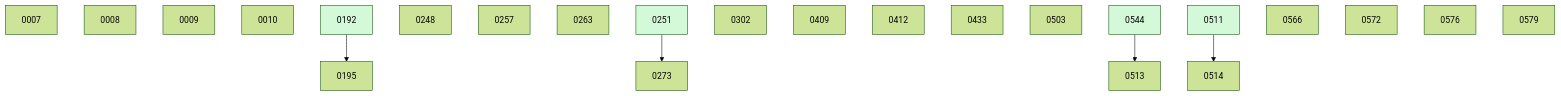
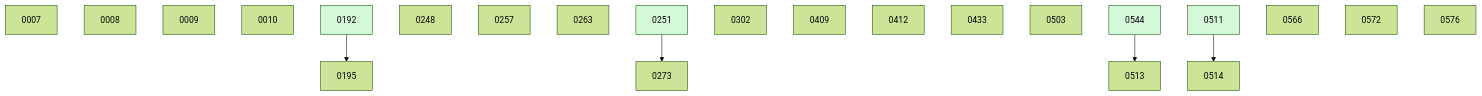
One commit to danielhanold/docket changed the diagram in docs/changes/BOARD.md. Above: the diagram before and after it, drawn with Mermaid (forest theme). The commit also changed other lines of this file and 4 other files, not shown here.

````diff
--- a/docs/changes/BOARD.md
+++ b/docs/changes/BOARD.md
@@ -40,28 +34,27 @@
 ```mermaid
 graph TD
   0007
   0008
   0009
   0010
   0192 --> 0195
   0248
   0257
   0263
   0251 --> 0273
   0302
   0409
   0412
   0433
   0503
   0544 --> 0513
   0511 --> 0514
   0566
   0572
   0576
-  0579
   0192:::done
   0251:::done
   0511:::done
   0544:::done
   classDef done fill:#d3f9d8;
 ```
````
